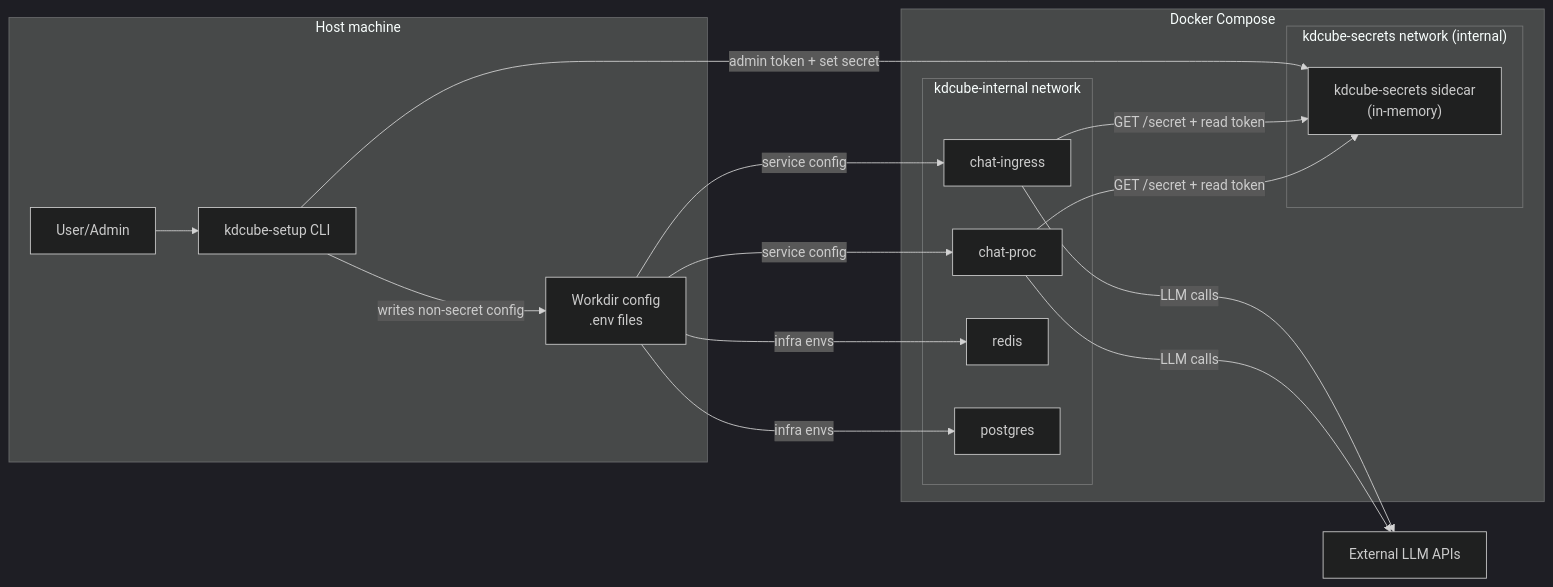
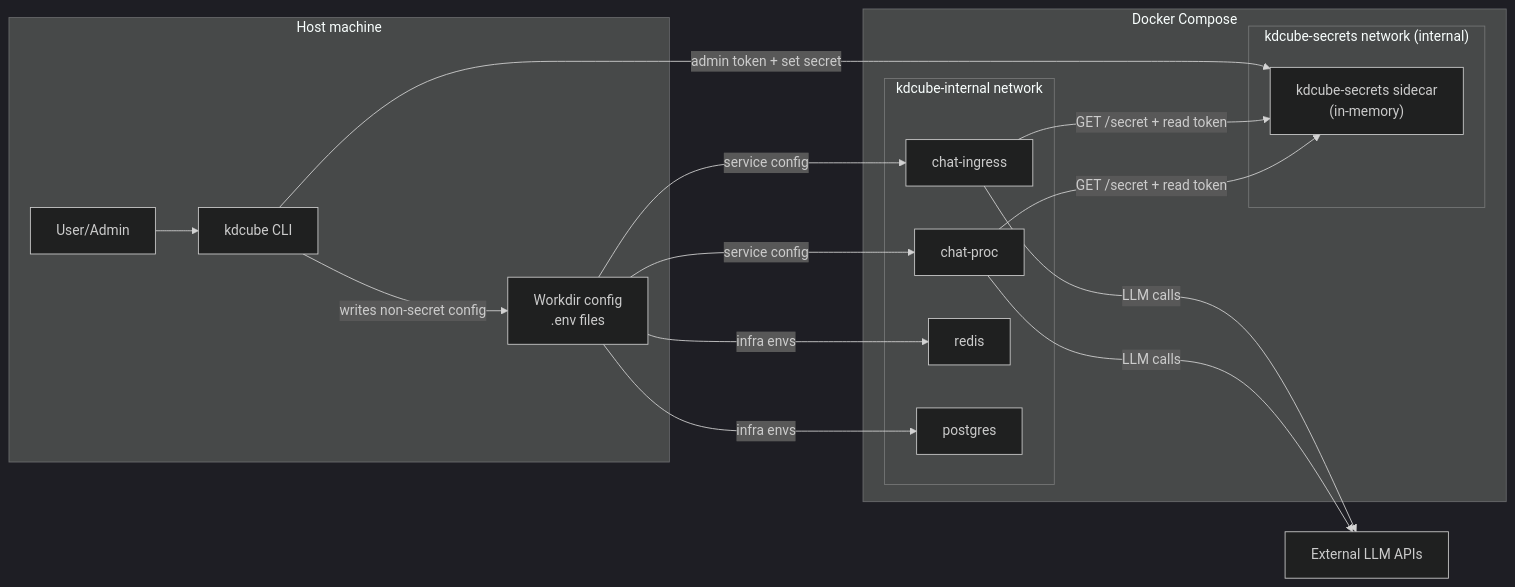
Before and after one commit to kdcube/kdcube-ai-app: the second of 2 diagrams in app/ai-app/docs/ops/local/local-setup-README.md, drawn with Mermaid (dark theme). The commit also changed other lines of this file and 11 other files, not shown here.

Commit message:
Rename CLI command to kdcube in docs

````diff
--- a/app/ai-app/docs/ops/local/local-setup-README.md
+++ b/app/ai-app/docs/ops/local/local-setup-README.md
@@ -185,36 +185,36 @@
 ```mermaid
 flowchart LR
   subgraph Host["Host machine"]
     U[User/Admin]
-    CLI[kdcube-setup CLI]
+    CLI[kdcube CLI]
     ENV[Workdir config\n.env files]
   end
 
   subgraph Compose["Docker Compose"]
     subgraph NetInternal["kdcube-internal network"]
       Ingress[chat-ingress]
       Proc[chat-proc]
       Redis[redis]
       Postgres[postgres]
     end
     subgraph NetSecrets["kdcube-secrets network (internal)"]
       Secrets["kdcube-secrets sidecar\n(in-memory)"]
     end
   end
 
   LLM[External LLM APIs]
 
   U --> CLI
   CLI -->|writes non-secret config| ENV
   ENV -->|infra envs| Redis
   ENV -->|infra envs| Postgres
   ENV -->|service config| Ingress
   ENV -->|service config| Proc
 
   CLI -->|admin token + set secret| Secrets
   Ingress -->|GET /secret + read token| Secrets
   Proc -->|GET /secret + read token| Secrets
 
   Ingress -->|LLM calls| LLM
   Proc -->|LLM calls| LLM
 ```
````
